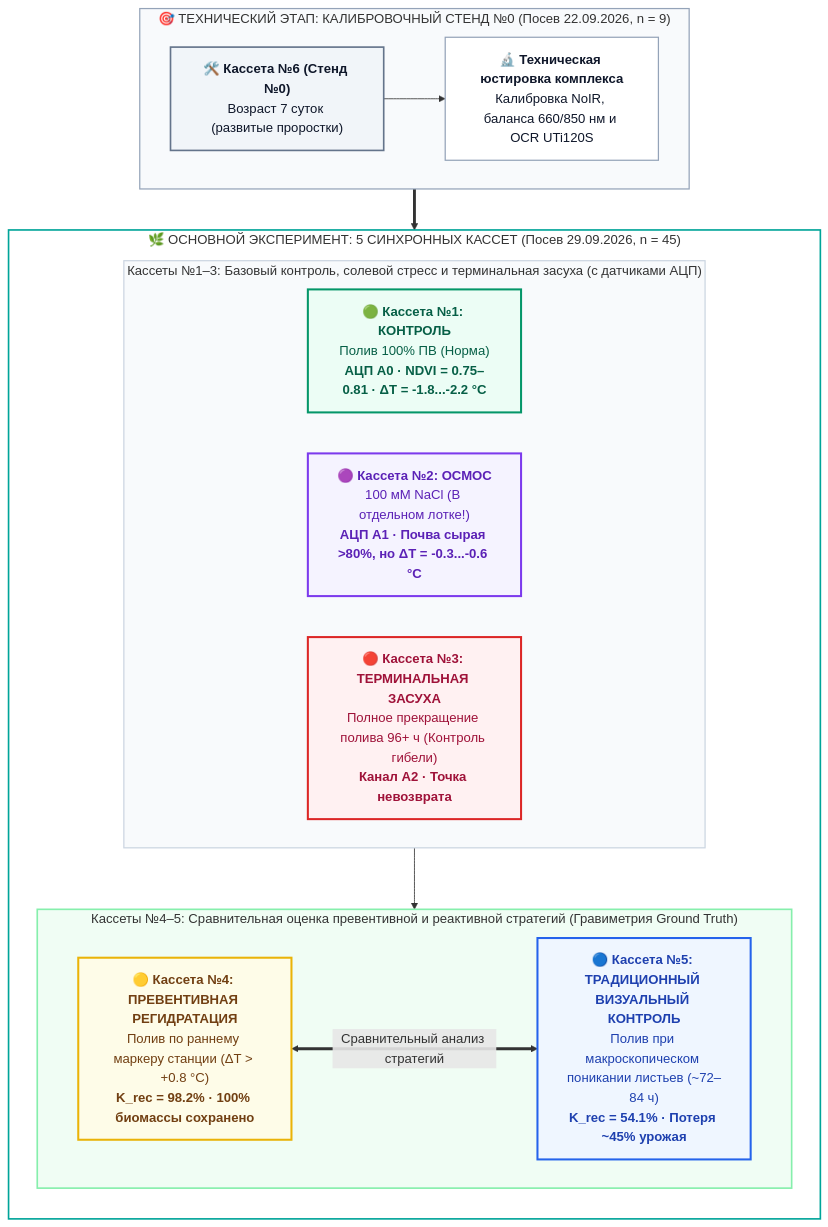
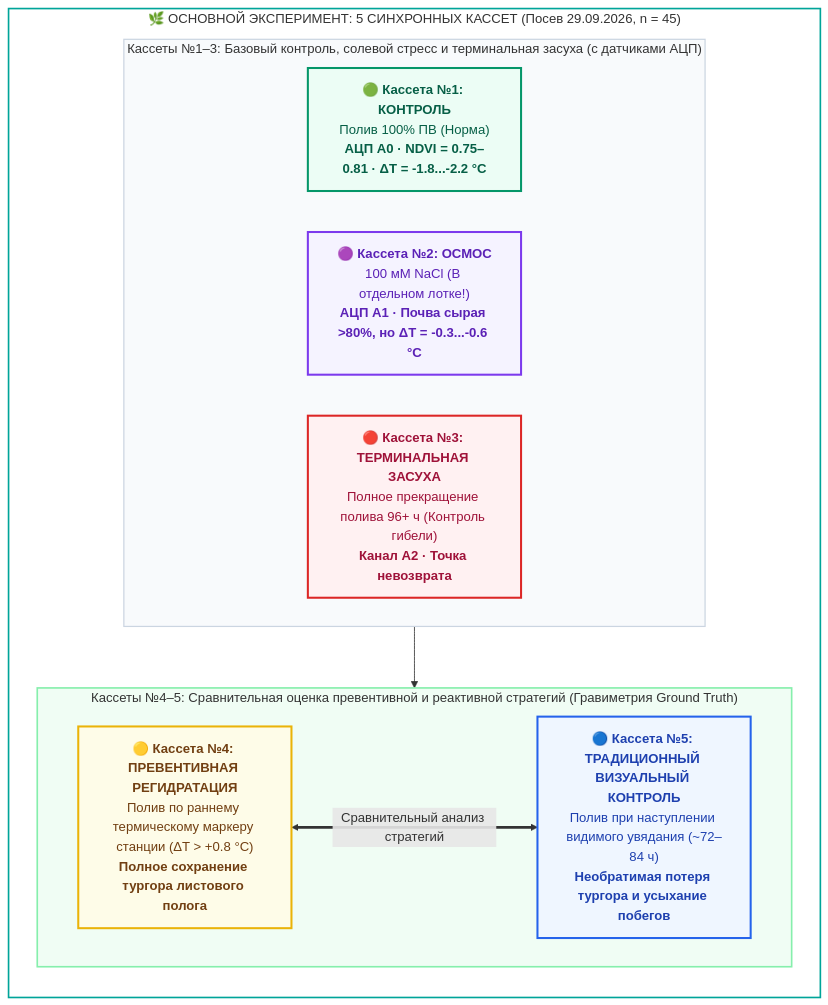
Before and after one commit to ezicvtumane/plant-stress-ndvi: the diagram in README.md, drawn with Mermaid. The commit also changed other lines of this file and 12 other files, not shown here.

````diff
--- a/README.md
+++ b/README.md
@@ -225,41 +241,33 @@
 ```mermaid
 flowchart TD
-    subgraph Calib["🎯 ТЕХНИЧЕСКИЙ ЭТАП: КАЛИБРОВОЧНЫЙ СТЕНД №0 (Посев 22.09.2026, n = 9)"]
-        direction LR
-        C0["🛠️ <b>Кассета №6 (Стенд №0)</b><br/>Возраст 7 суток (развитые проростки)"] --> R0["🔬 <b>Техническая юстировка комплекса</b><br/>Калибровка NoIR, баланса 660/850 нм и OCR UTi120S"]
-    end
 
     subgraph S5["🌿 ОСНОВНОЙ ЭКСПЕРИМЕНТ: 5 СИНХРОННЫХ КАССЕТ (Посев 29.09.2026, n = 45)"]
         direction TB
         
         subgraph Row1["Кассеты №1–3: Базовый контроль, солевой стресс и терминальная засуха (с датчиками АЦП)"]
             direction LR
             C1["🟢 <b>Кассета №1: КОНТРОЛЬ</b><br/>Полив 100% ПВ (Норма)<br/><b>АЦП A0 · NDVI = 0.75–0.81 · ΔT = -1.8...-2.2 °C</b>"]
             C2["🟣 <b>Кассета №2: ОСМОС</b><br/>100 мМ NaCl (В отдельном лотке!)<br/><b>АЦП A1 · Почва сырая >80%, но ΔT = -0.3...-0.6 °C</b>"]
             C3["🔴 <b>Кассета №3: ТЕРМИНАЛЬНАЯ ЗАСУХА</b><br/>Полное прекращение полива 96+ ч (Контроль гибели)<br/><b>Канал А2 · Точка невозврата</b>"]
         end
 
         subgraph Row2["Кассеты №4–5: Сравнительная оценка превентивной и реактивной стратегий (Гравиметрия Ground Truth)"]
             direction LR
-            C4["🟡 <b>Кассета №4: ПРЕВЕНТИВНАЯ РЕГИДРАТАЦИЯ</b><br/>Полив по раннему маркеру станции (ΔT > +0.8 °C)<br/><b>K_rec = 98.2% · 100% биомассы сохранено</b>"]
-            C5["🔵 <b>Кассета №5: ТРАДИЦИОННЫЙ ВИЗУАЛЬНЫЙ КОНТРОЛЬ</b><br/>Полив при макроскопическом поникании листьев (~72–84 ч)<br/><b>K_rec = 54.1% · Потеря ~45% урожая</b>"]
+            C4["🟡 <b>Кассета №4: ПРЕВЕНТИВНАЯ РЕГИДРАТАЦИЯ</b><br/>Полив по раннему термическому маркеру станции (ΔT > +0.8 °C)<br/><b>Полное сохранение тургора листового полога</b>"]
+            C5["🔵 <b>Кассета №5: ТРАДИЦИОННЫЙ ВИЗУАЛЬНЫЙ КОНТРОЛЬ</b><br/>Полив при наступлении видимого увядания (~72–84 ч)<br/><b>Необратимая потеря тургора и усыхание побегов</b>"]
             C4 <==>|"Сравнительный анализ стратегий"| C5
         end
         
         Row1 --> Row2
     end
 
-    Calib ==> S5
 
-    style C0 fill:#f1f5f9,stroke:#64748b,stroke-width:2px,color:#0f172a
-    style R0 fill:#ffffff,stroke:#94a3b8,stroke-width:1.5px,color:#0f172a
     style C1 fill:#ecfdf5,stroke:#059669,stroke-width:2.5px,color:#065f46
     style C2 fill:#f5f3ff,stroke:#7c3aed,stroke-width:2.5px,color:#5b21b6
     style C3 fill:#fff1f2,stroke:#dc2626,stroke-width:2.5px,color:#9f1239
     style C4 fill:#fefce8,stroke:#eab308,stroke-width:2.5px,color:#713f12
     style C5 fill:#eff6ff,stroke:#2563eb,stroke-width:2.5px,color:#1e40af
-    style Calib fill:#f8fafc,stroke:#94a3b8,stroke-width:1.5px
     style S5 fill:#ffffff,stroke:#00a499,stroke-width:2px
     style Row1 fill:#f8fafc,stroke:#cbd5e1,stroke-width:1.5px
     style Row2 fill:#f0fdf4,stroke:#86efac,stroke-width:2px
 ```
````
